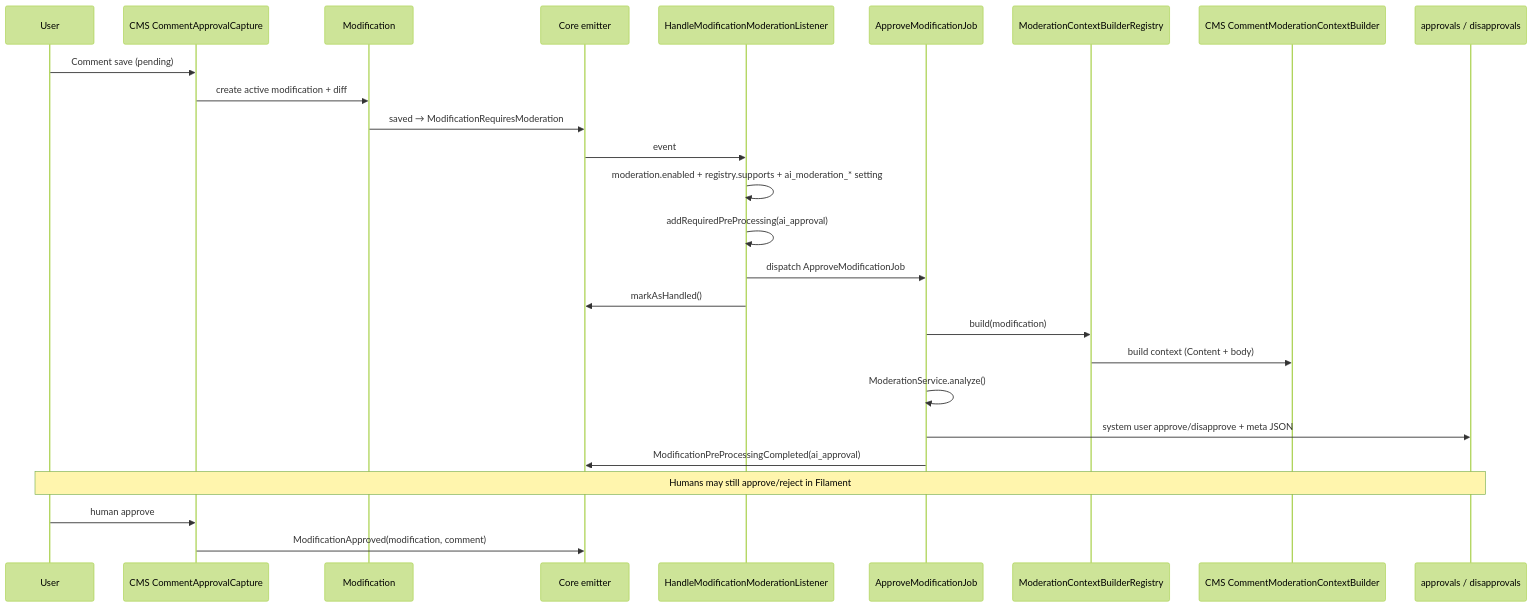
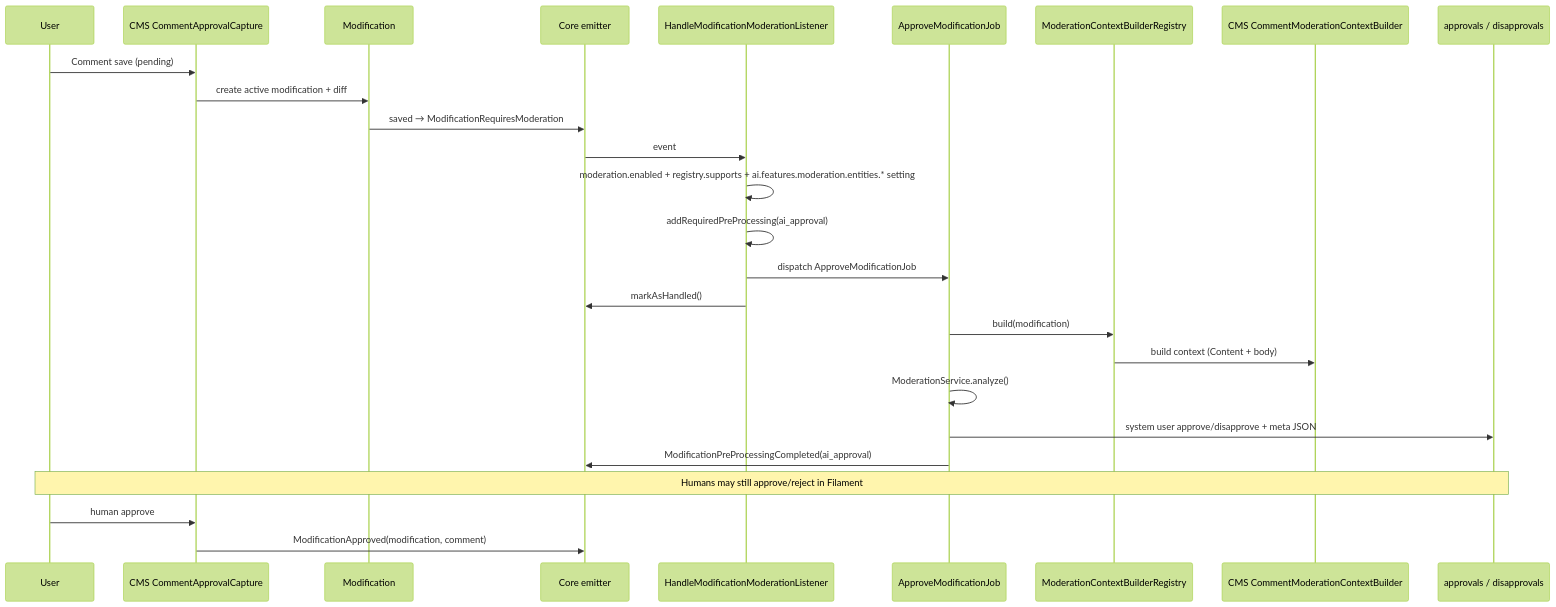
One commit to swolley/laraplate-core changed the sixth of 8 diagrams in docs/EVENT_ORCHESTRATION.md. Above: the diagram before and after it, drawn with Mermaid (forest theme). The commit also changed other lines of this file and 62 other files, not shown here.

First line of the commit message:
refactor(core): module-prefixed setting keys, conservative defaults, AI moderation out of Core

````diff
--- a/docs/EVENT_ORCHESTRATION.md
+++ b/docs/EVENT_ORCHESTRATION.md
@@ -220,29 +220,29 @@
 ```mermaid
 sequenceDiagram
     participant User
     participant CMS as CMS CommentApprovalCapture
     participant Mod as Modification
     participant Core as Core emitter
     participant AI as HandleModificationModerationListener
     participant Job as ApproveModificationJob
     participant Reg as ModerationContextBuilderRegistry
     participant CMSB as CMS CommentModerationContextBuilder
     participant Vote as approvals / disapprovals
 
     User->>CMS: Comment save (pending)
     CMS->>Mod: create active modification + diff
     Mod->>Core: saved → ModificationRequiresModeration
     Core->>AI: event
-    AI->>AI: moderation.enabled + registry.supports + ai_moderation_* setting
+    AI->>AI: moderation.enabled + registry.supports + ai.features.moderation.entities.* setting
     AI->>AI: addRequiredPreProcessing(ai_approval)
     AI->>Job: dispatch ApproveModificationJob
     AI->>Core: markAsHandled()
     Job->>Reg: build(modification)
     Reg->>CMSB: build context (Content + body)
     Job->>Job: ModerationService.analyze()
     Job->>Vote: system user approve/disapprove + meta JSON
     Job->>Core: ModificationPreProcessingCompleted(ai_approval)
     Note over User,Vote: Humans may still approve/reject in Filament
     User->>CMS: human approve
     CMS->>Core: ModificationApproved(modification, comment)
 ```
````
